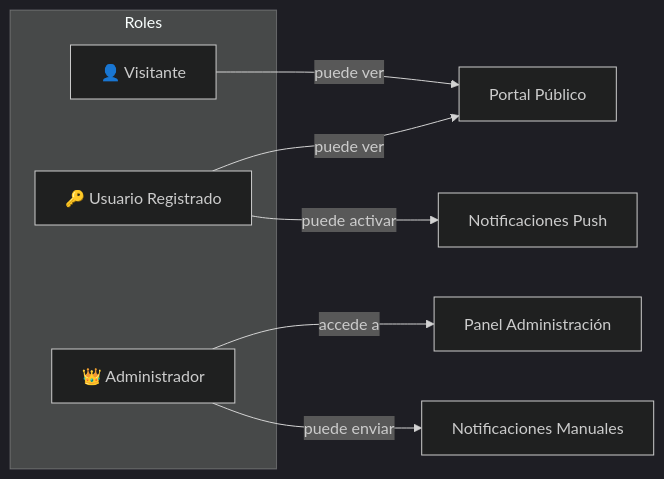
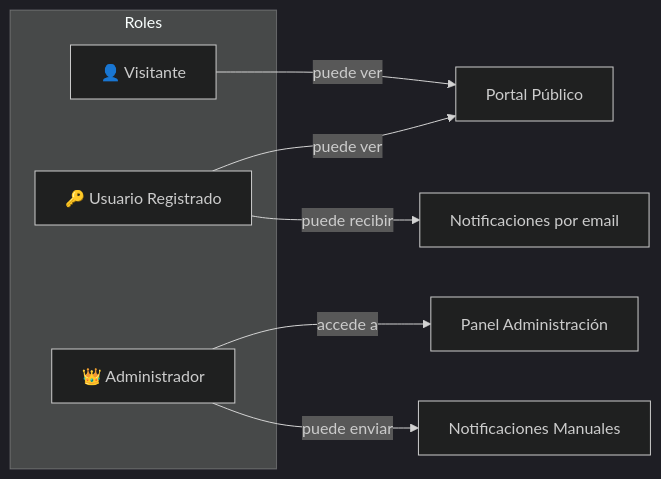
The third of 3 diagrams in README.md (Facudominguez7/Torneo-Mitai), drawn with Mermaid (dark theme) before and after one commit. The commit also changed other lines of this file and 22 other files, not shown here.

````diff
--- a/README.md
+++ b/README.md
@@ -196,14 +186,14 @@
 ```mermaid
 flowchart LR
     subgraph Roles
         A[👤 Visitante]
         B[🔑 Usuario Registrado]
         C[👑 Administrador]
     end
     
     A -->|puede ver| D[Portal Público]
     B -->|puede ver| D
-    B -->|puede activar| E[Notificaciones Push]
+    B -->|puede recibir| E[Notificaciones por email]
     C -->|accede a| F[Panel Administración]
     C -->|puede enviar| G[Notificaciones Manuales]
 ```
````
